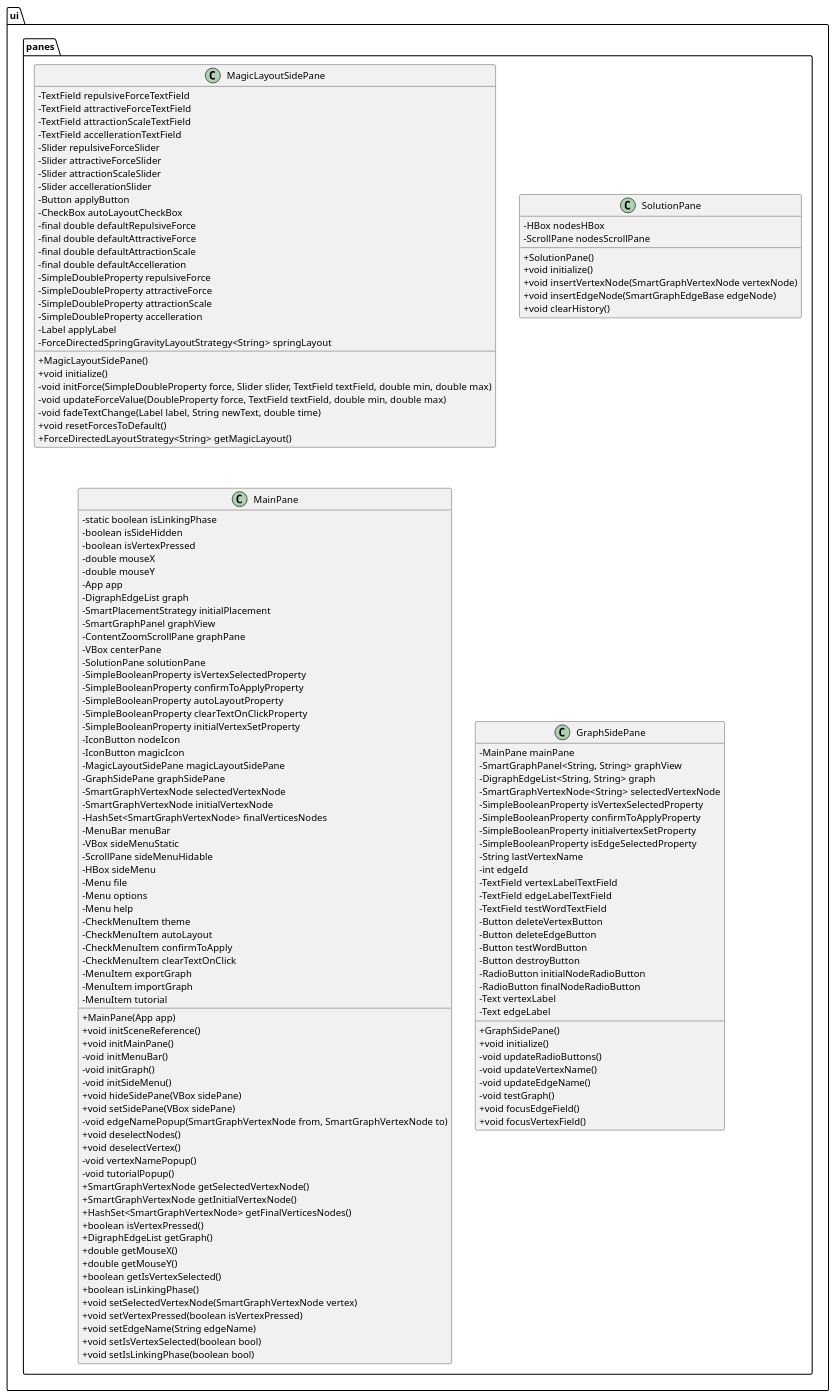
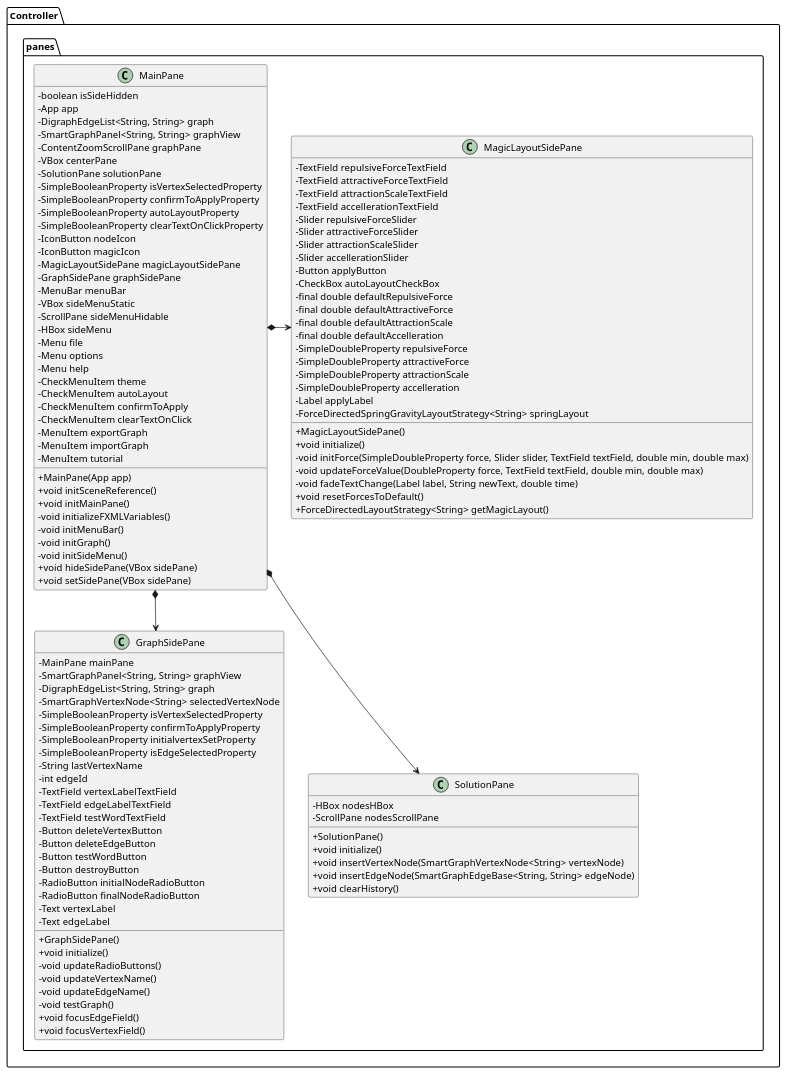
One commit to ZenoBogoni/Word-Automata changed the diagram in plantUML/Panes.puml. Above: the diagram before and after it, drawn with PlantUML. The commit also changed 11 other files, not shown here.

```diff
--- a/plantUML/Panes.puml
+++ b/plantUML/Panes.puml
@@ -1,141 +1,122 @@
 @startuml
-package ui.panes {
 skinparam classAttributeIconSize 0
+package Controller.panes {
+    class GraphSidePane {
+        - MainPane mainPane
+        - SmartGraphPanel<String, String> graphView
+        - DigraphEdgeList<String, String> graph
+        - SmartGraphVertexNode<String> selectedVertexNode
+        - SimpleBooleanProperty isVertexSelectedProperty
+        - SimpleBooleanProperty confirmToApplyProperty
+        - SimpleBooleanProperty initialvertexSetProperty
+        - SimpleBooleanProperty isEdgeSelectedProperty
+        - String lastVertexName
+        - int edgeId
+        - TextField vertexLabelTextField
+        - TextField edgeLabelTextField
+        - TextField testWordTextField
+        - Button deleteVertexButton
+        - Button deleteEdgeButton
+        - Button testWordButton
+        - Button destroyButton
+        - RadioButton initialNodeRadioButton
+        - RadioButton finalNodeRadioButton
+        - Text vertexLabel
+        - Text edgeLabel
+
+        + GraphSidePane()
+        + void initialize()
+        - void updateRadioButtons()
+        - void updateVertexName()
+        - void updateEdgeName()
+        - void testGraph()
+        + void focusEdgeField()
+        + void focusVertexField()
+    } 
     class MagicLayoutSidePane {
         - TextField repulsiveForceTextField
         - TextField attractiveForceTextField
         - TextField attractionScaleTextField
         - TextField accellerationTextField
         - Slider repulsiveForceSlider
         - Slider attractiveForceSlider
         - Slider attractionScaleSlider
         - Slider accellerationSlider
         - Button applyButton
         - CheckBox autoLayoutCheckBox
         - final double defaultRepulsiveForce
         - final double defaultAttractiveForce
         - final double defaultAttractionScale
         - final double defaultAccelleration
         - SimpleDoubleProperty repulsiveForce
         - SimpleDoubleProperty attractiveForce
         - SimpleDoubleProperty attractionScale
         - SimpleDoubleProperty accelleration
         - Label applyLabel
         - ForceDirectedSpringGravityLayoutStrategy<String> springLayout
+
         + MagicLayoutSidePane()
         + void initialize()
         - void initForce(SimpleDoubleProperty force, Slider slider, TextField textField, double min, double max)
         - void updateForceValue(DoubleProperty force, TextField textField, double min, double max)
         - void fadeTextChange(Label label, String newText, double time)
         + void resetForcesToDefault()
         + ForceDirectedLayoutStrategy<String> getMagicLayout()
     } 
-    class SolutionPane {
-        - HBox nodesHBox
-        - ScrollPane nodesScrollPane
-        + SolutionPane()
-        + void initialize()
-        + void insertVertexNode(SmartGraphVertexNode vertexNode)
-        + void insertEdgeNode(SmartGraphEdgeBase edgeNode)
-        + void clearHistory()
-    }
     class MainPane {
-        - static boolean isLinkingPhase
         - boolean isSideHidden
-        - boolean isVertexPressed
-        - double mouseX
-        - double mouseY
         - App app
-        - DigraphEdgeList graph
-        - SmartPlacementStrategy initialPlacement
-        - SmartGraphPanel graphView
+        - DigraphEdgeList<String, String> graph
+        - SmartGraphPanel<String, String> graphView
         - ContentZoomScrollPane graphPane
         - VBox centerPane
         - SolutionPane solutionPane
         - SimpleBooleanProperty isVertexSelectedProperty
         - SimpleBooleanProperty confirmToApplyProperty
         - SimpleBooleanProperty autoLayoutProperty
         - SimpleBooleanProperty clearTextOnClickProperty
-        - SimpleBooleanProperty initialVertexSetProperty
         - IconButton nodeIcon
         - IconButton magicIcon
         - MagicLayoutSidePane magicLayoutSidePane
         - GraphSidePane graphSidePane
-        - SmartGraphVertexNode selectedVertexNode
-        - SmartGraphVertexNode initialVertexNode
-        - HashSet<SmartGraphVertexNode> finalVerticesNodes
         - MenuBar menuBar
         - VBox sideMenuStatic
         - ScrollPane sideMenuHidable
         - HBox sideMenu
         - Menu file
         - Menu options
         - Menu help
         - CheckMenuItem theme
         - CheckMenuItem autoLayout
         - CheckMenuItem confirmToApply
         - CheckMenuItem clearTextOnClick
         - MenuItem exportGraph
         - MenuItem importGraph
         - MenuItem tutorial
+
         + MainPane(App app)
         + void initSceneReference()
         + void initMainPane()
+        - void initializeFXMLVariables()
         - void initMenuBar()
         - void initGraph()
         - void initSideMenu()
         + void hideSidePane(VBox sidePane)
         + void setSidePane(VBox sidePane)
-        - void edgeNamePopup(SmartGraphVertexNode from, SmartGraphVertexNode to)
-        + void deselectNodes()
-        + void deselectVertex()
-        - void vertexNamePopup()
-        - void tutorialPopup()
-        + SmartGraphVertexNode getSelectedVertexNode()
-        + SmartGraphVertexNode getInitialVertexNode()
-        + HashSet<SmartGraphVertexNode> getFinalVerticesNodes()
-        + boolean isVertexPressed()
-        + DigraphEdgeList getGraph()
-        + double getMouseX()
-        + double getMouseY()
-        + boolean getIsVertexSelected()
-        + boolean isLinkingPhase()
-        + void setSelectedVertexNode(SmartGraphVertexNode vertex)
-        + void setVertexPressed(boolean isVertexPressed)
-        + void setEdgeName(String edgeName)
-        + void setIsVertexSelected(boolean bool)
-        + void setIsLinkingPhase(boolean bool)
     }
-   class GraphSidePane {
-        - MainPane mainPane
-        - SmartGraphPanel<String, String> graphView
-        - DigraphEdgeList<String, String> graph
-        - SmartGraphVertexNode<String> selectedVertexNode
-        - SimpleBooleanProperty isVertexSelectedProperty
-        - SimpleBooleanProperty confirmToApplyProperty
-        - SimpleBooleanProperty initialvertexSetProperty
-        - SimpleBooleanProperty isEdgeSelectedProperty
-        - String lastVertexName
-        - int edgeId
-        - TextField vertexLabelTextField
-        - TextField edgeLabelTextField
-        - TextField testWordTextField
-        - Button deleteVertexButton
-        - Button deleteEdgeButton
-        - Button testWordButton
-        - Button destroyButton
-        - RadioButton initialNodeRadioButton
-        - RadioButton finalNodeRadioButton
-        - Text vertexLabel
-        - Text edgeLabel
-        + GraphSidePane()
+    class SolutionPane {
+        - HBox nodesHBox
+        - ScrollPane nodesScrollPane
+
+        + SolutionPane()
         + void initialize()
-        - void updateRadioButtons()
-        - void updateVertexName()
-        - void updateEdgeName()
-        - void testGraph()
-        + void focusEdgeField()
-        + void focusVertexField()
+        + void insertVertexNode(SmartGraphVertexNode<String> vertexNode)
+        + void insertEdgeNode(SmartGraphEdgeBase<String, String> edgeNode)
+        + void clearHistory()
     }
+    MainPane *--> SolutionPane
+    MainPane *-> MagicLayoutSidePane
+    MainPane *--> GraphSidePane
+
 }
 @enduml
```
